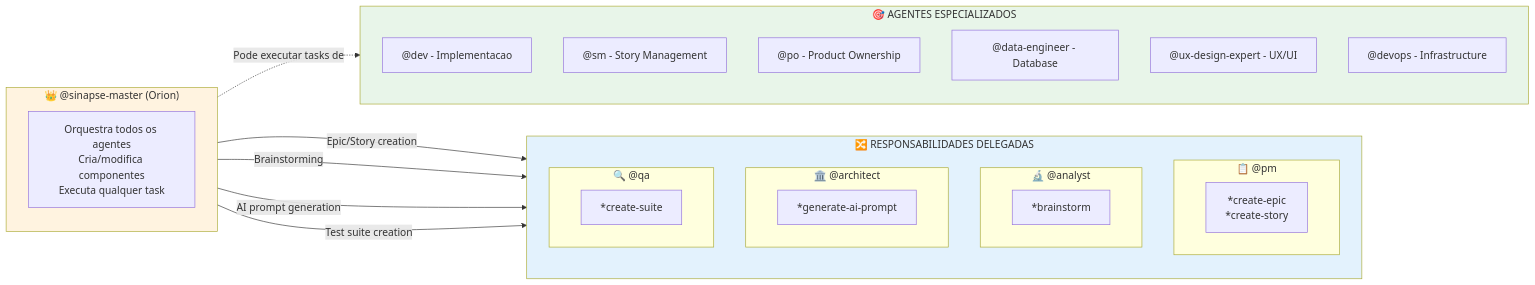
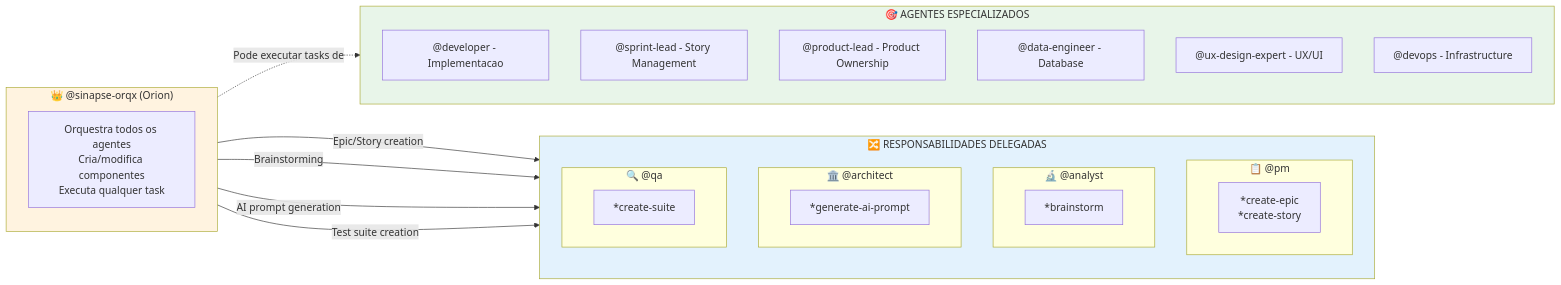
The third of 3 diagrams in docs/guides/agents/SINAPSE-MASTER-SYSTEM.md (caioimori/sinapse-ai), drawn with Mermaid before and after one commit. The commit also changed other lines of this file and 873 other files, not shown here.

````diff
--- a/docs/guides/agents/SINAPSE-MASTER-SYSTEM.md
+++ b/docs/guides/agents/SINAPSE-MASTER-SYSTEM.md
@@ -323,46 +323,46 @@
 ```mermaid
 flowchart LR
-    subgraph MASTER["👑 @sinapse-master (Orion)"]
+    subgraph MASTER["👑 @sinapse-orqx (Orion)"]
         MASTER_DESC["Orquestra todos os agentes<br/>Cria/modifica componentes<br/>Executa qualquer task"]
     end
 
     subgraph DELEGATED["🔀 RESPONSABILIDADES DELEGADAS"]
         direction TB
 
         subgraph PM_BOX["📋 @pm"]
             PM_DESC["*create-epic<br/>*create-story"]
         end
 
         subgraph ANALYST_BOX["🔬 @analyst"]
             ANALYST_DESC["*brainstorm"]
         end
 
         subgraph ARCHITECT_BOX["🏛️ @architect"]
             ARCHITECT_DESC["*generate-ai-prompt"]
         end
 
         subgraph QA_BOX["🔍 @qa"]
             QA_DESC["*create-suite"]
         end
     end
 
     MASTER -->|"Epic/Story creation"| PM_BOX
     MASTER -->|"Brainstorming"| ANALYST_BOX
     MASTER -->|"AI prompt generation"| ARCHITECT_BOX
     MASTER -->|"Test suite creation"| QA_BOX
 
     subgraph SPECIALIZED["🎯 AGENTES ESPECIALIZADOS"]
-        DEV["@dev - Implementacao"]
-        SM["@sm - Story Management"]
-        PO["@po - Product Ownership"]
+        DEV["@developer - Implementacao"]
+        SM["@sprint-lead - Story Management"]
+        PO["@product-lead - Product Ownership"]
         DATA["@data-engineer - Database"]
         UX["@ux-design-expert - UX/UI"]
         DEVOPS["@devops - Infrastructure"]
     end
 
     MASTER -.->|"Pode executar tasks de"| SPECIALIZED
 
     style MASTER fill:#fff3e0
     style DELEGATED fill:#e3f2fd
     style SPECIALIZED fill:#e8f5e9
 ```
````
